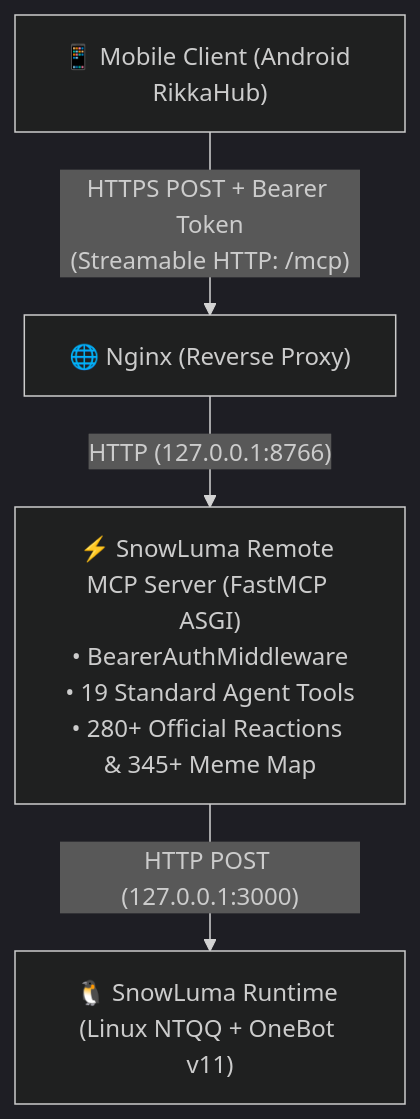
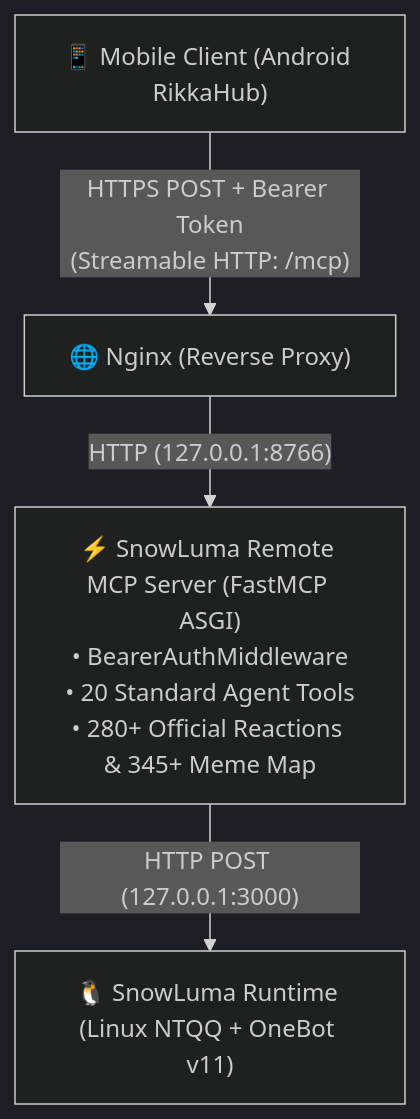
Before and after one commit to MorphieEndless/snowluma-remote-mcp: the diagram in README.md, drawn with Mermaid (dark theme). The commit also changed other lines of this file and 1 other file, not shown here.

````diff
--- a/README.md
+++ b/README.md
@@ -50,6 +50,6 @@
 ```mermaid
 flowchart TD
     Client["📱 Mobile Client (Android RikkaHub)"] -->|"HTTPS POST + Bearer Token<br/>(Streamable HTTP: /mcp)"| Nginx["🌐 Nginx (Reverse Proxy)"]
-    Nginx -->|"HTTP (127.0.0.1:8766)"| MCP["⚡ SnowLuma Remote MCP Server (FastMCP ASGI)<br/>• BearerAuthMiddleware<br/>• 19 Standard Agent Tools<br/>• 280+ Official Reactions & 345+ Meme Map"]
+    Nginx -->|"HTTP (127.0.0.1:8766)"| MCP["⚡ SnowLuma Remote MCP Server (FastMCP ASGI)<br/>• BearerAuthMiddleware<br/>• 20 Standard Agent Tools<br/>• 280+ Official Reactions & 345+ Meme Map"]
     MCP -->|"HTTP POST (127.0.0.1:3000)"| SnowLuma["🐧 SnowLuma Runtime (Linux NTQQ + OneBot v11)"]
 ```
````
